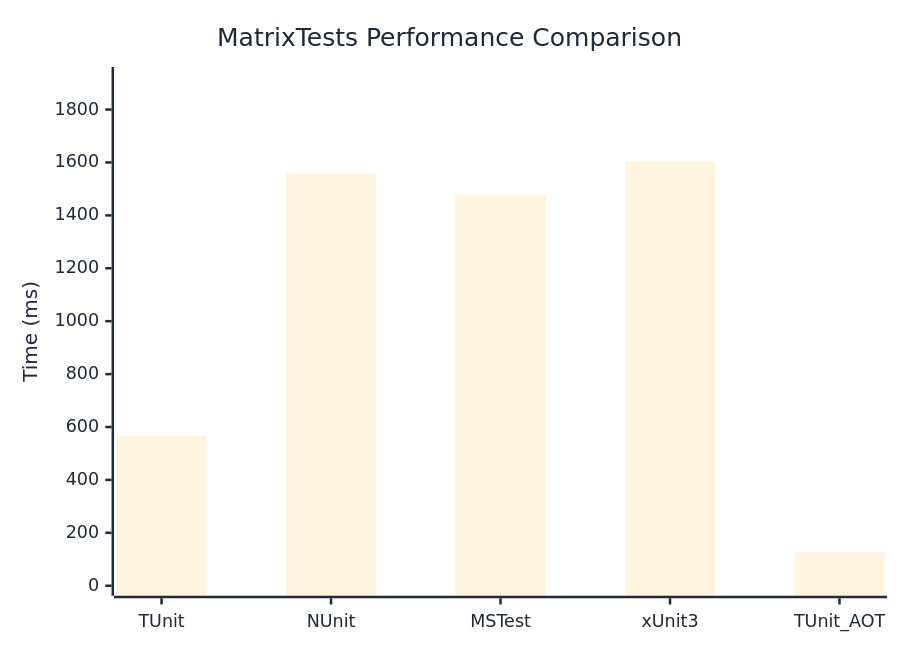
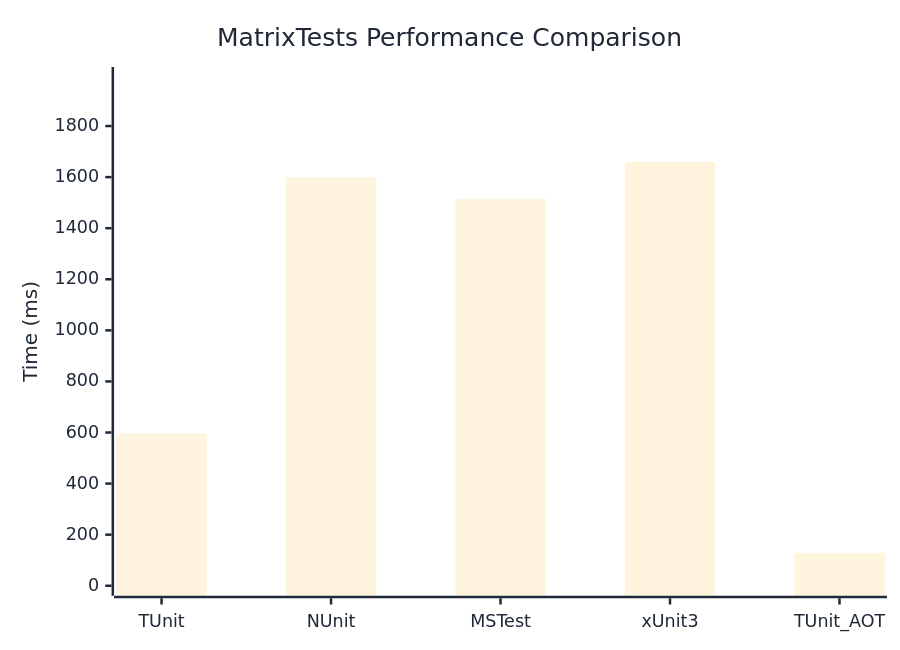
One commit to thomhurst/TUnit changed the diagram in docs/docs/benchmarks/MatrixTests.md. Above: the diagram before and after it, drawn with Mermaid. The commit also changed other lines of this file and 17 other files, not shown here.

````diff
--- a/docs/docs/benchmarks/MatrixTests.md
+++ b/docs/docs/benchmarks/MatrixTests.md
@@ -27,37 +27,37 @@
 ```mermaid
 %%{init: {
   'theme':'base',
   'themeVariables': {
     'primaryColor': '#2563eb',
     'primaryTextColor': '#1f2937',
     'primaryBorderColor': '#1e40af',
     'lineColor': '#6b7280',
     'secondaryColor': '#7c3aed',
     'tertiaryColor': '#dc2626',
     'background': '#ffffff',
     'mainBkg': '#2563eb',
     'secondBkg': '#7c3aed',
     'tertiaryBkg': '#dc2626',
     'clusterBkg': '#f3f4f6',
     'edgeLabelBackground': '#ffffff',
     'tertiaryTextColor': '#1f2937',
     'pie1': '#2563eb',
     'pie2': '#7c3aed',
     'pie3': '#dc2626',
     'pie4': '#f59e0b',
     'pie5': '#10b981',
     'pie6': '#06b6d4',
     'pie7': '#ec4899',
     'pie8': '#6366f1',
     'pie9': '#84cc16',
     'pie10': '#f97316',
     'pie11': '#14b8a6',
     'pie12': '#a855f7'
   }
 }}%%
 xychart-beta
   title "MatrixTests Performance Comparison"
   x-axis ["TUnit", "NUnit", "MSTest", "xUnit3", "TUnit_AOT"]
-  y-axis "Time (ms)" 0 --> 1923
-  bar [566.2, 1558.7, 1478.3, 1601.8, 126.1]
+  y-axis "Time (ms)" 0 --> 1992
+  bar [596.2, 1598.5, 1513.4, 1659.6, 128.3]
 ```
````
